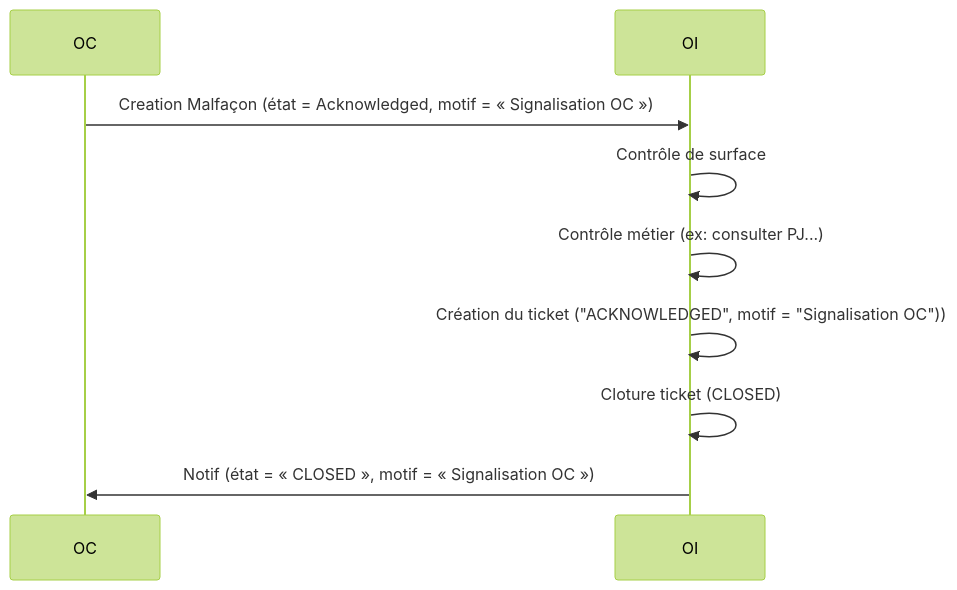
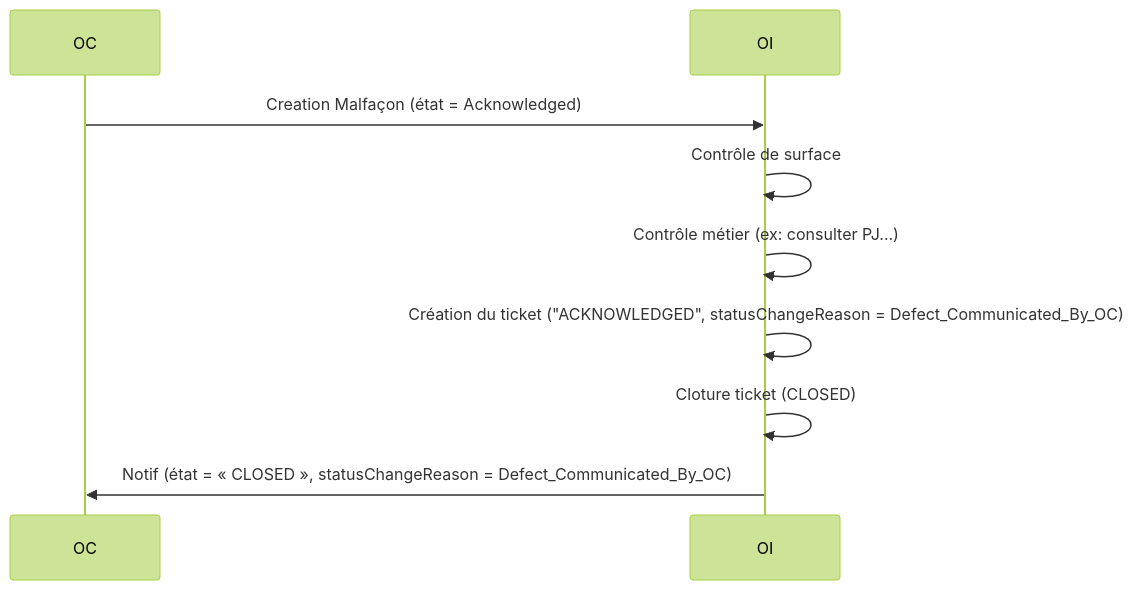
Before and after one commit to before-interop/malfacon: diagram 14 of 14 in README.md, drawn with Mermaid (forest theme). The commit also changed other lines of this file and 1 other file, not shown here.

````diff
--- a/README.md
+++ b/README.md
@@ -625,13 +637,13 @@
 ```mermaid
 sequenceDiagram
 
   participant OC
   participant OI
 
-  OC->>OI: Creation Malfaçon (état = Acknowledged, motif = « Signalisation OC »)
+  OC->>OI: Creation Malfaçon (état = Acknowledged)
   OI->>OI: Contrôle de surface
   OI->>OI: Contrôle métier (ex: consulter PJ...)
-  OI->>OI: Création du ticket ("ACKNOWLEDGED", motif = "Signalisation OC"))
+  OI->>OI: Création du ticket ("ACKNOWLEDGED", statusChangeReason = Defect_Communicated_By_OC)
   OI->>OI: Cloture ticket (CLOSED)
-  OI->>OC: Notif (état = « CLOSED », motif = « Signalisation OC »)
+  OI->>OC: Notif (état = « CLOSED », statusChangeReason = Defect_Communicated_By_OC)
 ```
````
